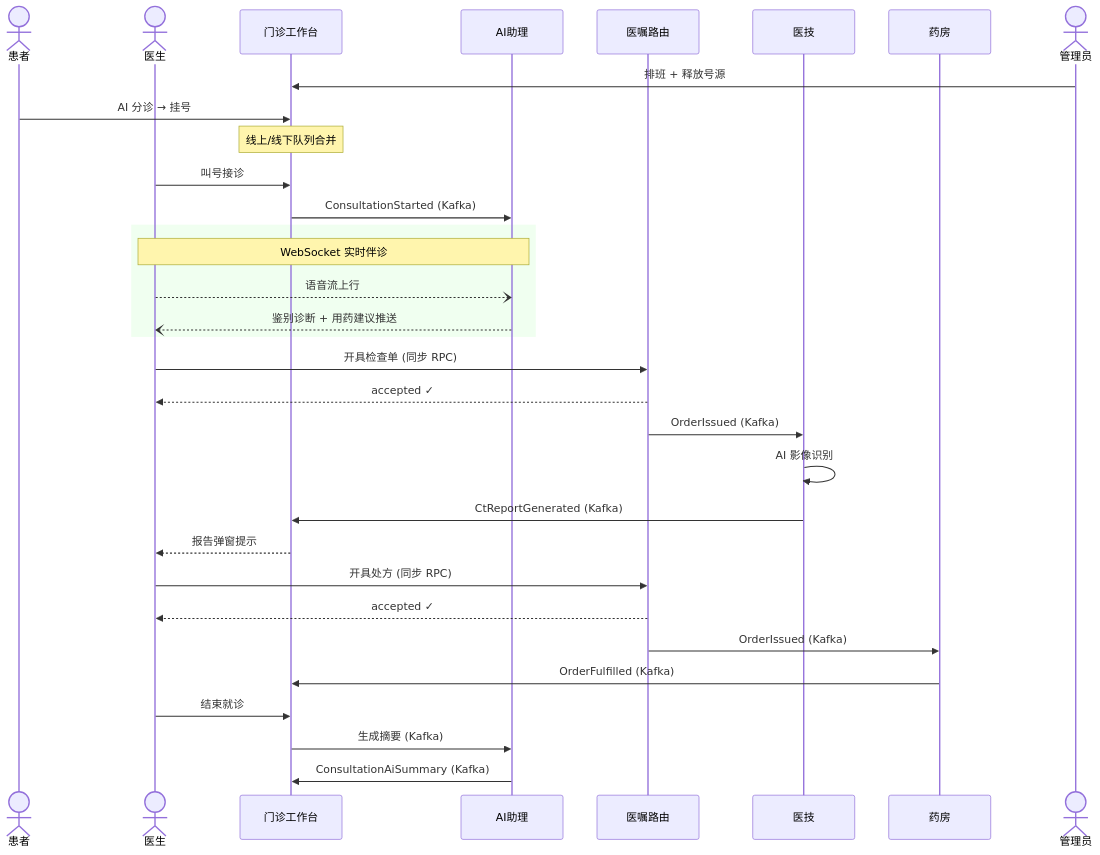
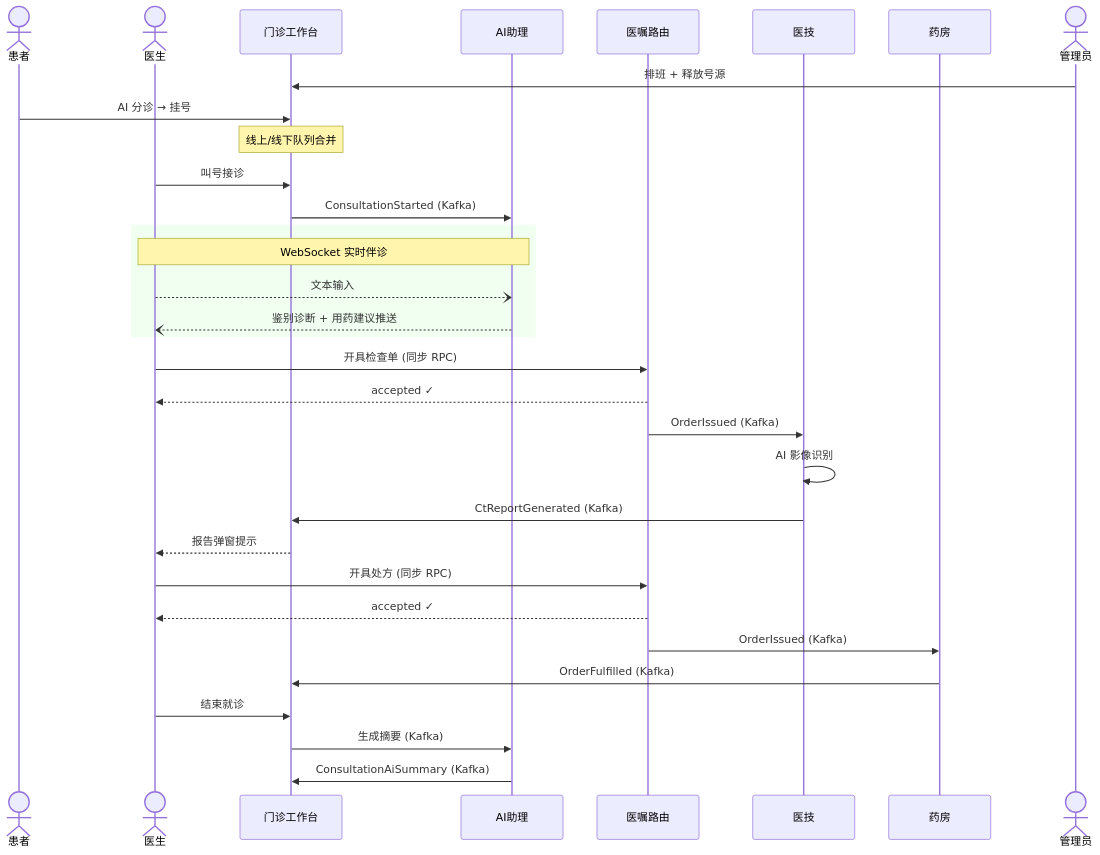
One commit to suchuye/cloud-brain- changed the second of 2 diagrams in doc/活动图.md. Above: the diagram before and after it, drawn with Mermaid. The commit also changed other lines of this file and 7 other files, not shown here.

````diff
--- a/doc/活动图.md
+++ b/doc/活动图.md
@@ -112,45 +112,45 @@
 ```mermaid
 sequenceDiagram
     actor 患者
     actor 医生
     participant 门诊工作台
     participant AI助理
     participant 医嘱路由
     participant 医技
     participant 药房
     actor 管理员
 
     %% 排班 → 挂号
     管理员->>门诊工作台: 排班 + 释放号源
     患者->>门诊工作台: AI 分诊 → 挂号
     Note over 门诊工作台: 线上/线下队列合并
 
     %% 就诊
     医生->>门诊工作台: 叫号接诊
     门诊工作台->>AI助理: ConsultationStarted (Kafka)
 
     rect rgb(240, 255, 240)
         Note over 医生,AI助理: WebSocket 实时伴诊
-        医生--)AI助理: 语音流上行
+        医生--)AI助理: 文本输入
         AI助理--)医生: 鉴别诊断 + 用药建议推送
     end
 
     %% 开检查
     医生->>医嘱路由: 开具检查单 (同步 RPC)
     医嘱路由-->>医生: accepted ✓
     医嘱路由->>医技: OrderIssued (Kafka)
     医技->>医技: AI 影像识别
     医技->>门诊工作台: CtReportGenerated (Kafka)
     门诊工作台-->>医生: 报告弹窗提示
 
     %% 开药
     医生->>医嘱路由: 开具处方 (同步 RPC)
     医嘱路由-->>医生: accepted ✓
     医嘱路由->>药房: OrderIssued (Kafka)
     药房->>门诊工作台: OrderFulfilled (Kafka)
 
     %% 结束
     医生->>门诊工作台: 结束就诊
     门诊工作台->>AI助理: 生成摘要 (Kafka)
     AI助理->>门诊工作台: ConsultationAiSummary (Kafka)
 ```
````
